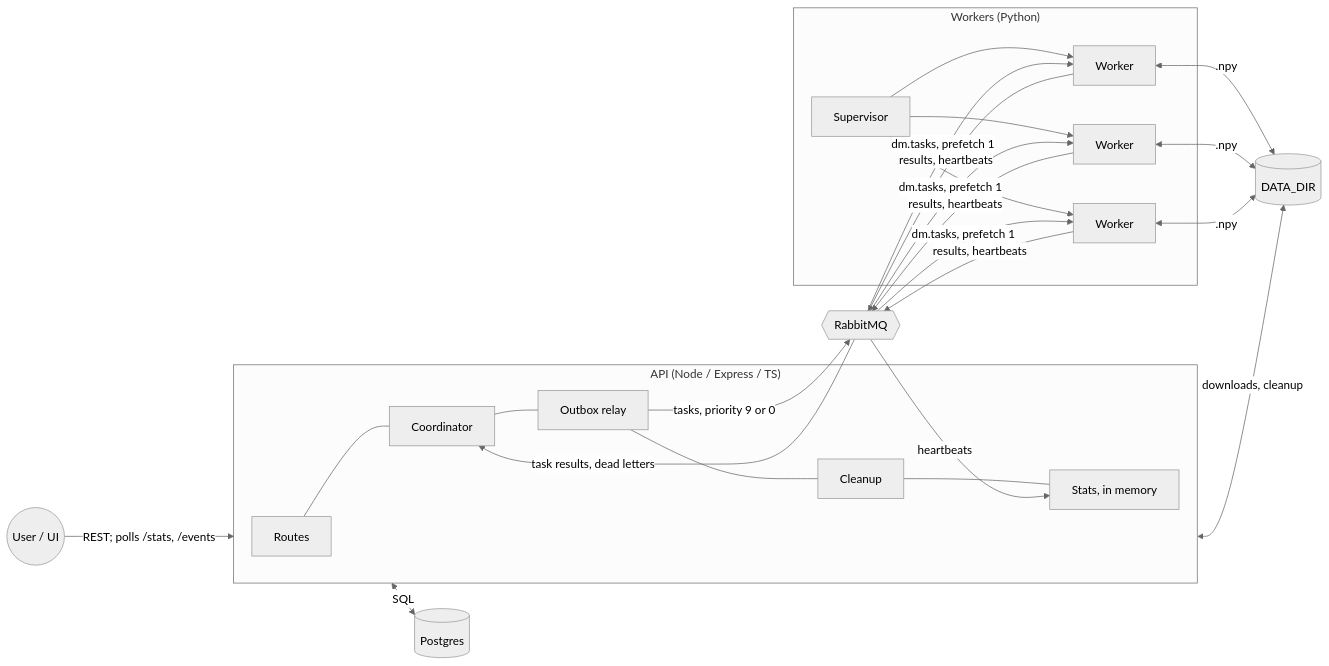
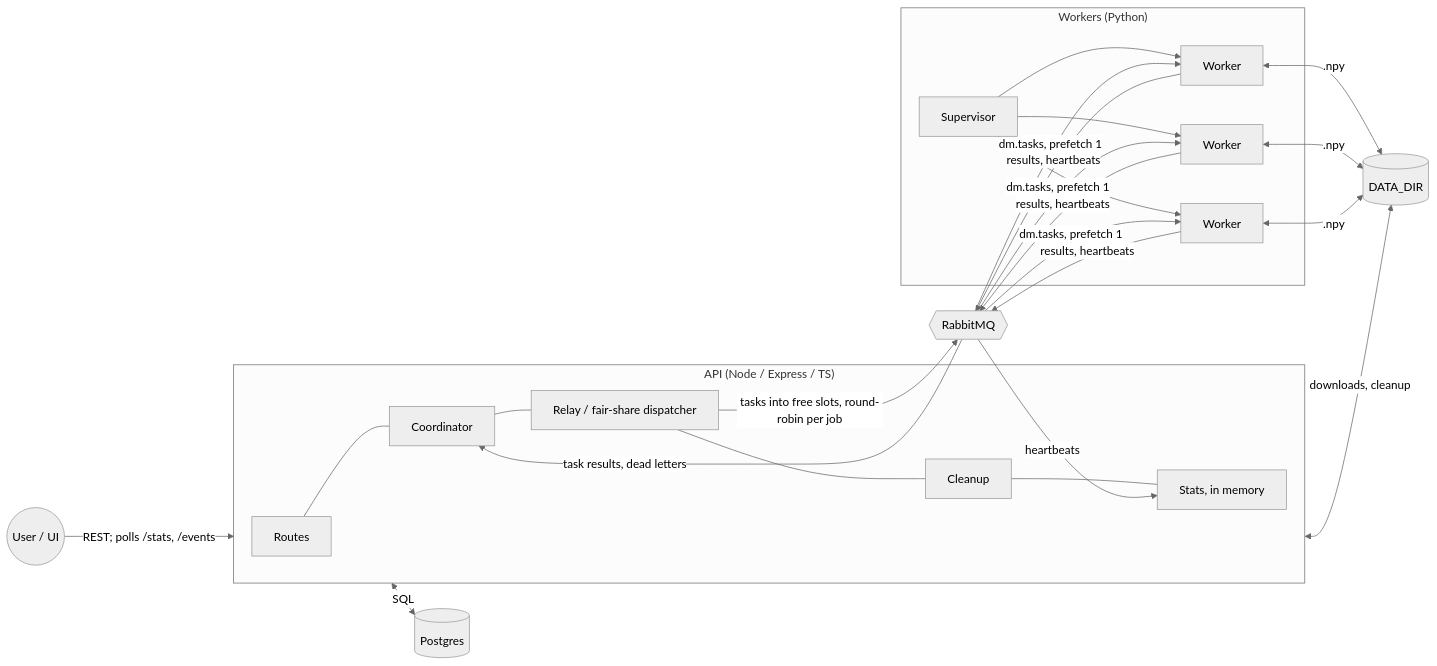
The diagram in docs/hld.md (Kraizan/dismean), drawn with Mermaid (neutral theme) before and after one commit. The commit also changed other lines of this file and 48 other files, not shown here.

First line of the commit message:
Add fair-share dispatch, exit-on-broker-loss, and fix review bugs

````diff
--- a/docs/hld.md
+++ b/docs/hld.md
@@ -7,18 +7,18 @@
 ```mermaid
 flowchart LR
   User((User / UI)) -->|REST; polls /stats, /events| API
   subgraph API["API (Node / Express / TS)"]
-    HTTP[Routes] --- COORD[Coordinator] --- RELAY[Outbox relay] --- CLEAN[Cleanup] --- STATS[Stats, in memory]
+    HTTP[Routes] --- COORD[Coordinator] --- RELAY[Relay / fair-share dispatcher] --- CLEAN[Cleanup] --- STATS[Stats, in memory]
   end
   API <-->|SQL| PG[(Postgres)]
-  RELAY -->|tasks, priority 9 or 0| MQ{{RabbitMQ}}
+  RELAY -->|tasks into free slots, round-robin per job| MQ{{RabbitMQ}}
   MQ -->|task results, dead letters| COORD
   MQ -->|heartbeats| STATS
   subgraph Fleet["Workers (Python)"]
     SUP[Supervisor] --> W1[Worker] & W2[Worker] & WN[Worker]
   end
   MQ -->|dm.tasks, prefetch 1| W1 & W2 & WN
   W1 & W2 & WN -->|results, heartbeats| MQ
   W1 & W2 & WN <-->|.npy| FS[(DATA_DIR)]
   API <-->|downloads, cleanup| FS
 ```
````
